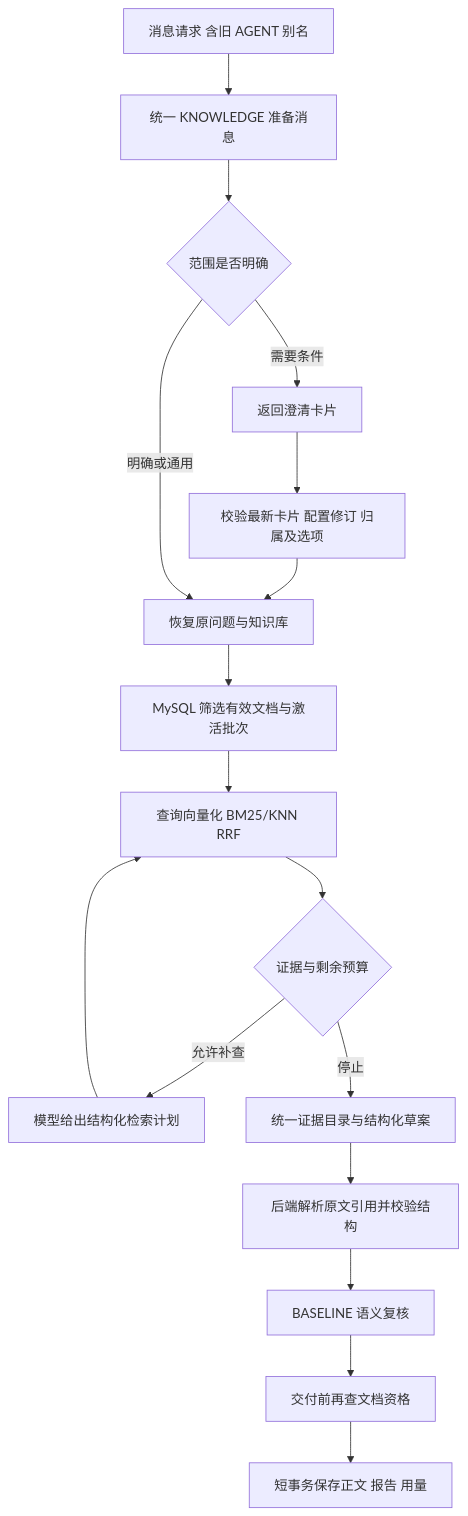
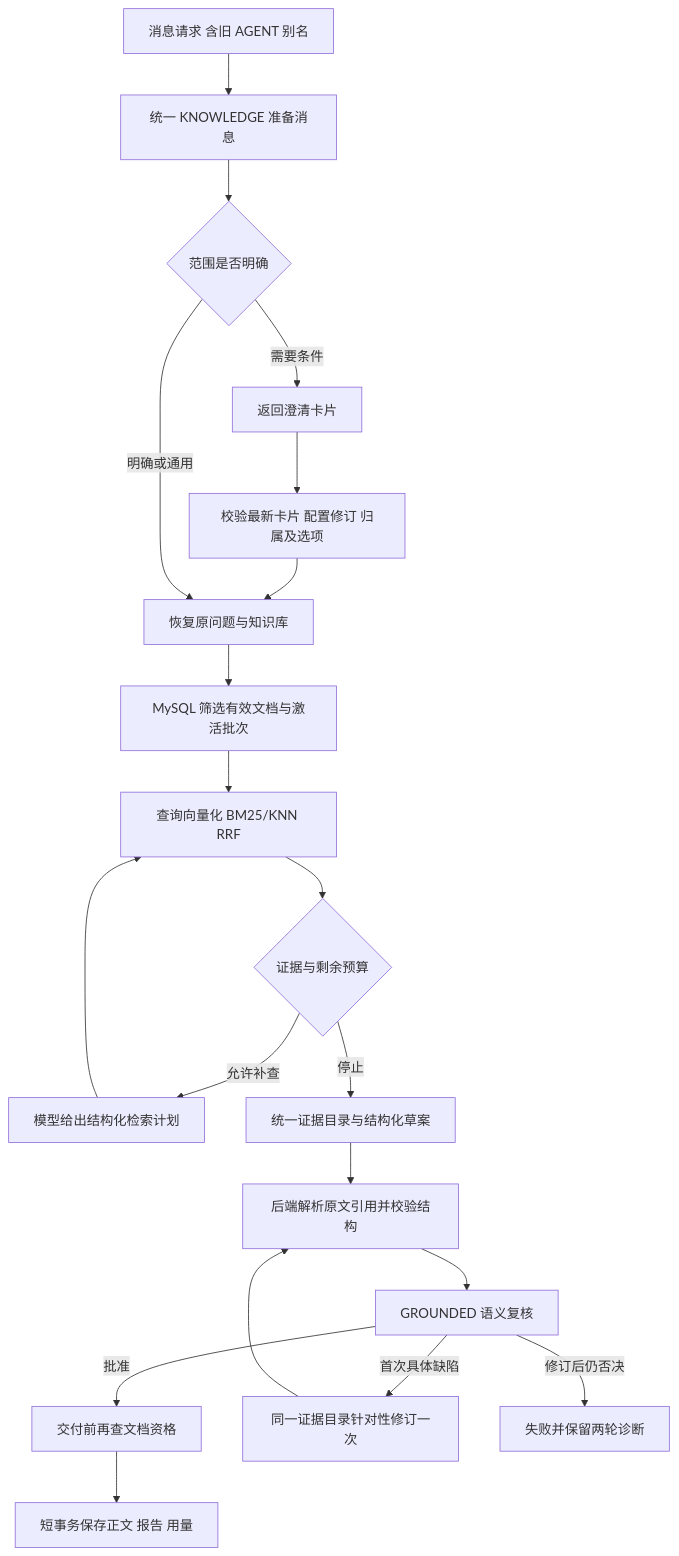
The second of 2 diagrams in docs/architecture/企业知识问答架构.md (wshwzn/helpdesk-agent), drawn with Mermaid before and after one commit. The commit also changed other lines of this file and 26 other files, not shown here.

````diff
--- a/docs/architecture/企业知识问答架构.md
+++ b/docs/architecture/企业知识问答架构.md
@@ -53,19 +53,22 @@
 ```mermaid
 flowchart TD
     A[消息请求 含旧 AGENT 别名] --> B[统一 KNOWLEDGE 准备消息]
     B --> C{范围是否明确}
     C -->|需要条件| D[返回澄清卡片]
     D --> E[校验最新卡片 配置修订 归属及选项]
     E --> F[恢复原问题与知识库]
     C -->|明确或通用| F
     F --> G[MySQL 筛选有效文档与激活批次]
     G --> H[查询向量化 BM25/KNN RRF]
     H --> I{证据与剩余预算}
     I -->|允许补查| J[模型给出结构化检索计划]
     J --> H
     I -->|停止| K[统一证据目录与结构化草案]
     K --> L[后端解析原文引用并校验结构]
-    L --> M[BASELINE 语义复核]
-    M --> N[交付前再查文档资格]
+    L --> M[GROUNDED 语义复核]
+    M -->|批准| N[交付前再查文档资格]
+    M -->|首次具体缺陷| P[同一证据目录针对性修订一次]
+    P --> L
+    M -->|修订后仍否决| Q[失败并保留两轮诊断]
     N --> O[短事务保存正文 报告 用量]
 ```
````
